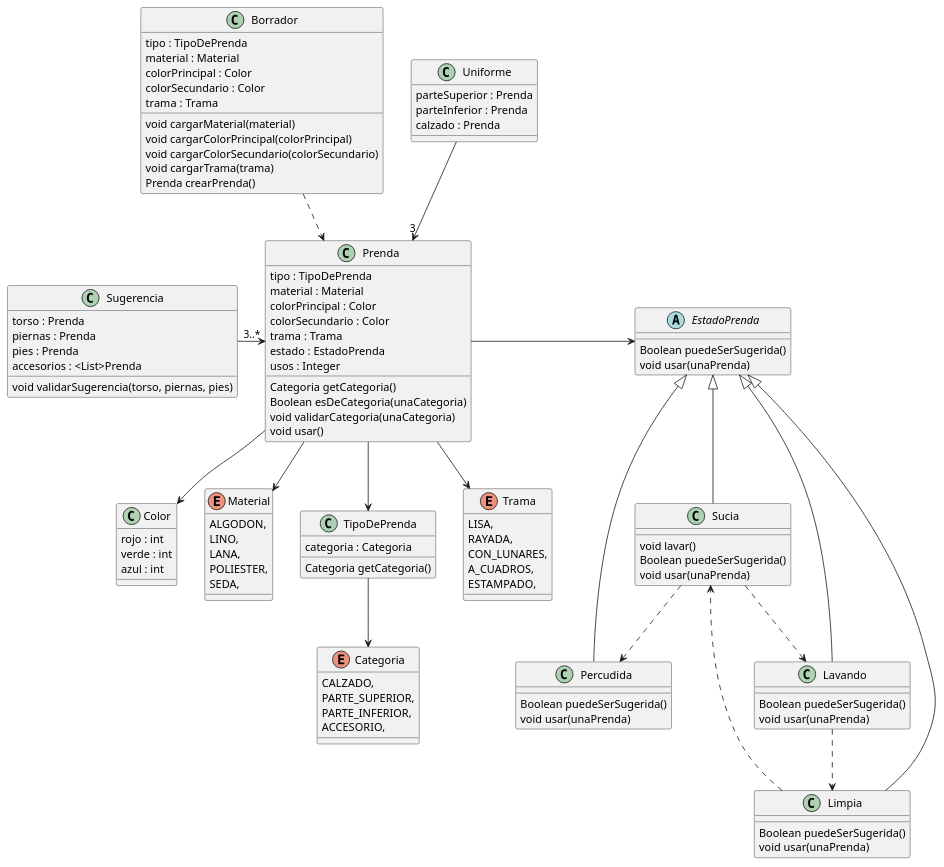
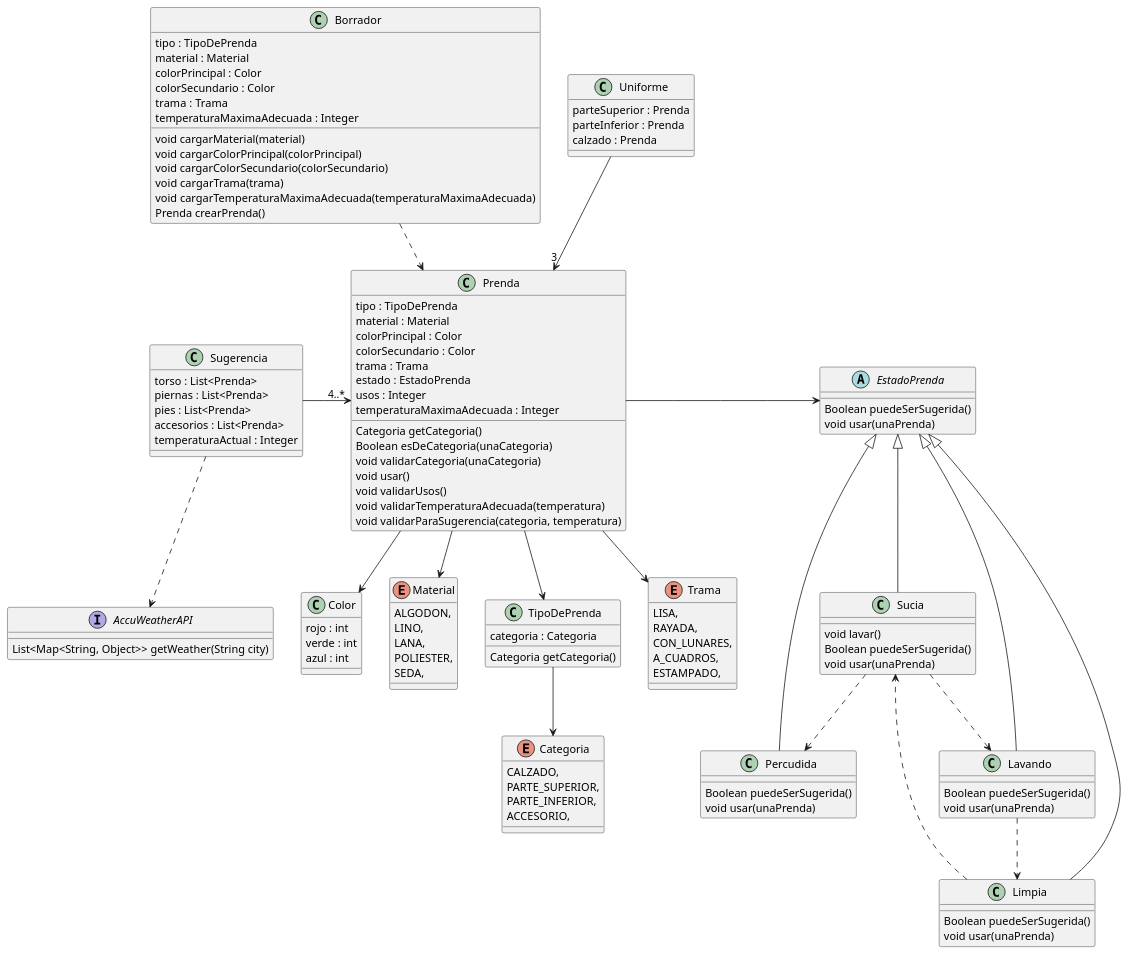
Before and after one commit to mbeorlegui/que-me-pongo: the diagram in diagrama.puml, drawn with PlantUML. The commit also changed 3 other files, not shown here.

```diff
--- a/diagrama.puml
+++ b/diagrama.puml
@@ -1,153 +1,164 @@
-@startuml QMP2
+@startuml QMP4
 
 class Prenda {
   tipo : TipoDePrenda
   material : Material
   colorPrincipal : Color
   colorSecundario : Color
   trama : Trama
   estado : EstadoPrenda
   usos : Integer
+  temperaturaMaximaAdecuada : Integer
 
   Categoria getCategoria()
   Boolean esDeCategoria(unaCategoria)
   void validarCategoria(unaCategoria)
   void usar()
+  void validarUsos()
+  void validarTemperaturaAdecuada(temperatura)
+  void validarParaSugerencia(categoria, temperatura)
 }
 
 
 class Color {
   rojo : int
   verde : int
   azul : int 
 }
 
 enum Categoria {
   CALZADO,
   PARTE_SUPERIOR,
   PARTE_INFERIOR,
   ACCESORIO,
 }
 
 enum Material {
   ALGODON,
   LINO,
   LANA,
   POLIESTER,
   SEDA,
 }
 
 class TipoDePrenda {
   categoria : Categoria  
   
   Categoria getCategoria()
 }
 
 Prenda --> Material
 Prenda --> TipoDePrenda
 Prenda --> Color
 TipoDePrenda --> Categoria
 ' Prenda conoce su Material
 ' Prenda --> "1" Categoria
 
 
 enum Trama{
   LISA,
   RAYADA,
   CON_LUNARES,
   A_CUADROS,
   ESTAMPADO,
 }
 
 ' Trama corresponde a la tela, eso quiere decir que
 ' corresponde al Material? De ser asi debemos agregarle comportamiento
 ' al enum de Material creo
 ' IMO: Hay que agregarlo directamente a la prenda como propiedad
 Prenda --> Trama
 
 ' El borrador deberia ser una clase "parecida" a la Prenda, e
 ' incluso dentro de su constructor, podemos hacer las validaciones
 ' de los datos para crear a la prenda desde alli
 
 class Borrador {
   tipo : TipoDePrenda
   material : Material
   colorPrincipal : Color
   colorSecundario : Color
   trama : Trama
+  temperaturaMaximaAdecuada : Integer
 
   void cargarMaterial(material)
   void cargarColorPrincipal(colorPrincipal)
   void cargarColorSecundario(colorSecundario)
   void cargarTrama(trama)
+  void cargarTemperaturaMaximaAdecuada(temperaturaMaximaAdecuada)
   Prenda crearPrenda()
 }
 
 class Uniforme {
   parteSuperior : Prenda
   parteInferior : Prenda
   calzado : Prenda
 }
 
 Uniforme -->"3" Prenda
 Borrador ..> Prenda
 
 
 class Sugerencia {
-  torso : Prenda
-  piernas : Prenda
-  pies : Prenda
-  accesorios : <List>Prenda
-
-  void validarSugerencia(torso, piernas, pies)
-
+  torso : List<Prenda>
+  piernas : List<Prenda>
+  pies : List<Prenda>
+  accesorios : List<Prenda>
+  temperaturaActual : Integer
 }
 
 
-Sugerencia -> "3..*" Prenda
+Sugerencia -> "4..*" Prenda
 
 
 ' Para la segunda parte usamos el patron State
 
 abstract EstadoPrenda {
   Boolean puedeSerSugerida()
   void usar(unaPrenda)
 }
 
 class Sucia {
   void lavar()
   Boolean puedeSerSugerida()
   void usar(unaPrenda)
 }
 
 class Percudida {
   Boolean puedeSerSugerida()
   void usar(unaPrenda)
 }
 
 class Limpia {
   Boolean puedeSerSugerida()
   void usar(unaPrenda)
 }
 
 class Lavando {
   Boolean puedeSerSugerida()
   void usar(unaPrenda)
 }
 ' No esta clara la transicion de estado que tiene el estado Lavando
 ' por lo que decidimos que mientras se esta lavando se pueda usar
 ' y cuando eso suceda, pasara a Limpia
 
 EstadoPrenda <|-- Sucia
 EstadoPrenda <|-- Percudida
 EstadoPrenda <|-- Limpia
 EstadoPrenda <|-- Lavando
 
 Sucia ..> Percudida
 Sucia ..> Lavando
 Lavando ..> Limpia
 Limpia ..> Sucia
 
 Prenda -right-> EstadoPrenda
 
+
+interface AccuWeatherAPI {
+  List<Map<String, Object>> getWeather(String city)
+}
+
+Sugerencia ..> AccuWeatherAPI
+
 @enduml
```
